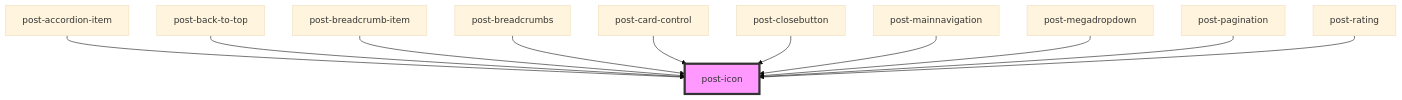
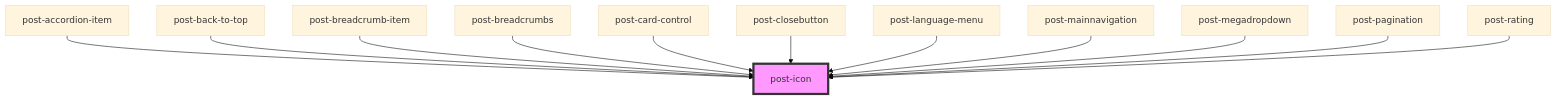
One commit to swisspost/design-system changed the diagram in packages/components/src/components/post-icon/readme.md. Above: the diagram before and after it, drawn with Mermaid (base theme). The commit also changed other lines of this file and 10 other files, not shown here.

````diff
--- a/packages/components/src/components/post-icon/readme.md
+++ b/packages/components/src/components/post-icon/readme.md
@@ -37,14 +38,15 @@
 ```mermaid
 graph TD;
   post-accordion-item --> post-icon
   post-back-to-top --> post-icon
   post-breadcrumb-item --> post-icon
   post-breadcrumbs --> post-icon
   post-card-control --> post-icon
   post-closebutton --> post-icon
+  post-language-menu --> post-icon
   post-mainnavigation --> post-icon
   post-megadropdown --> post-icon
   post-pagination --> post-icon
   post-rating --> post-icon
   style post-icon fill:#f9f,stroke:#333,stroke-width:4px
 ```
````
